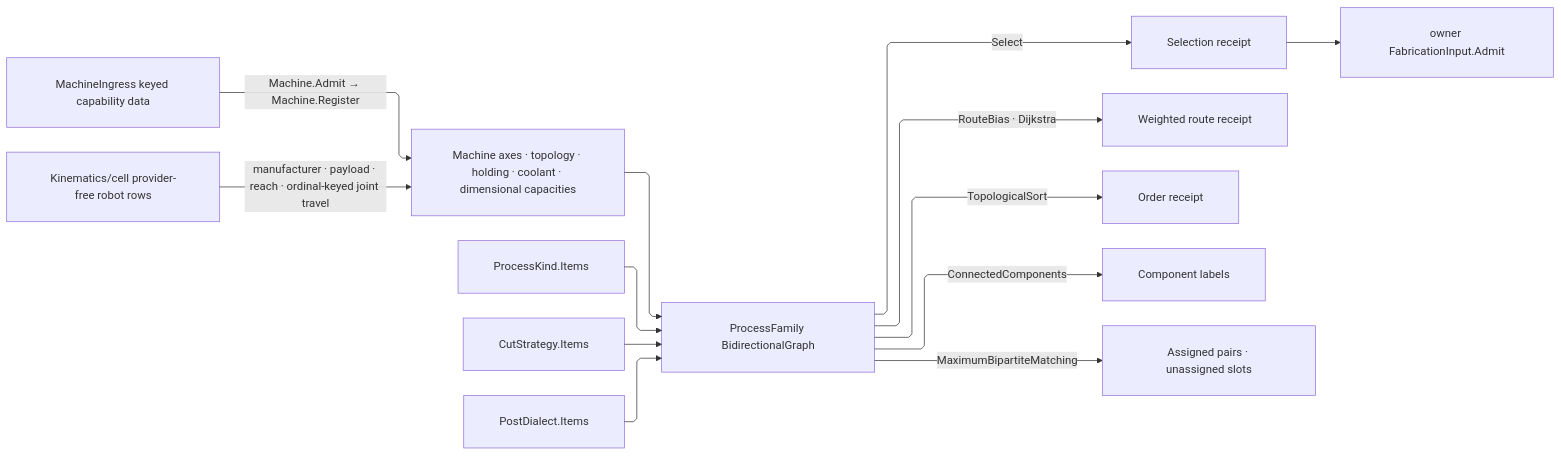
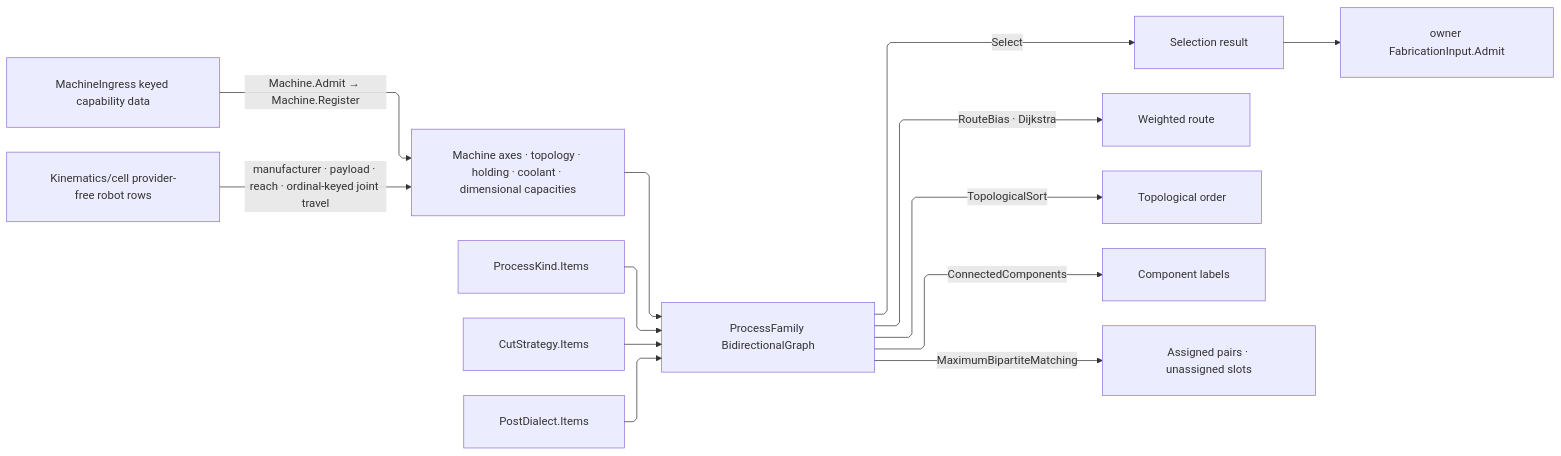
The diagram in libs/dotnet/Rasm.Fabrication/.planning/Process/family.md (bsamiee/Rasm), drawn with Mermaid before and after one commit. The commit also changed other lines of this file and 1417 other files, not shown here.

````diff
--- a/libs/dotnet/Rasm.Fabrication/.planning/Process/family.md
+++ b/libs/dotnet/Rasm.Fabrication/.planning/Process/family.md
@@ -1277,24 +1277,24 @@
 ```mermaid
 ---
 config:
   layout: elk
   flowchart:
     curve: linear
     padding: 25
 ---
 flowchart LR
     accTitle: Fabrication process-family relations
     accDescr: Bounded process axes and admitted runtime machines fold into one graph that serves selection, reachability, ordering, connected-family inspection, and fleet matching.
     Seeds["MachineIngress keyed capability data"] -->|Machine.Admit → Machine.Register| Machine["Machine axes · topology · holding · coolant · dimensional capacities"]
     Cell["Kinematics/cell provider-free robot rows"] -->|manufacturer · payload · reach · ordinal-keyed joint travel| Machine
     Process["ProcessKind.Items"] --> Graph["ProcessFamily BidirectionalGraph"]
     Strategy["CutStrategy.Items"] --> Graph
     Dialect["PostDialect.Items"] --> Graph
     Machine --> Graph
-    Graph -->|Select| Selection["Selection receipt"]
-    Graph -->|RouteBias · Dijkstra| Route["Weighted route receipt"]
-    Graph -->|TopologicalSort| Order["Order receipt"]
+    Graph -->|Select| Selection["Selection result"]
+    Graph -->|RouteBias · Dijkstra| Route["Weighted route"]
+    Graph -->|TopologicalSort| Order["Topological order"]
     Graph -->|ConnectedComponents| Components["Component labels"]
     Graph -->|MaximumBipartiteMatching| Allocation["Assigned pairs · unassigned slots"]
     Selection --> Fabrication["owner FabricationInput.Admit"]
 ```
````
